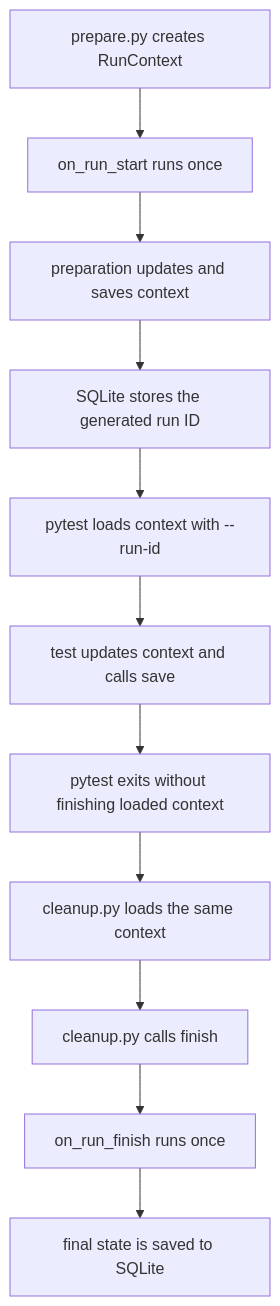
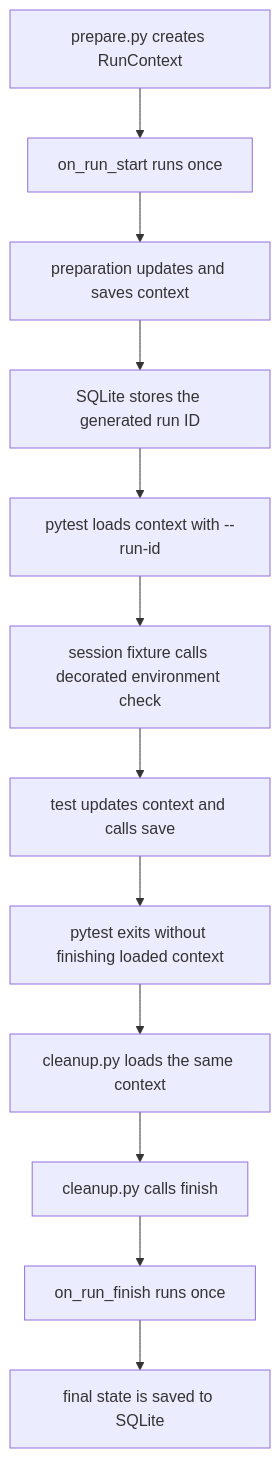
The diagram in examples/external_preparation/README.md (fomenko-ai/pytest-run-context), drawn with Mermaid before and after one commit. The commit also changed 35 other files, not shown here.

````diff
--- a/examples/external_preparation/README.md
+++ b/examples/external_preparation/README.md
@@ -10,13 +10,14 @@
 ```mermaid
 flowchart TD
     A[prepare.py creates RunContext] --> B[on_run_start runs once]
     B --> C[preparation updates and saves context]
     C --> D[SQLite stores the generated run ID]
     D --> E[pytest loads context with --run-id]
-    E --> F[test updates context and calls save]
+    E --> P[session fixture calls decorated environment check]
+    P --> F[test updates context and calls save]
     F --> G[pytest exits without finishing loaded context]
     G --> H[cleanup.py loads the same context]
     H --> I[cleanup.py calls finish]
     I --> J[on_run_finish runs once]
     J --> K[final state is saved to SQLite]
 ```
````
